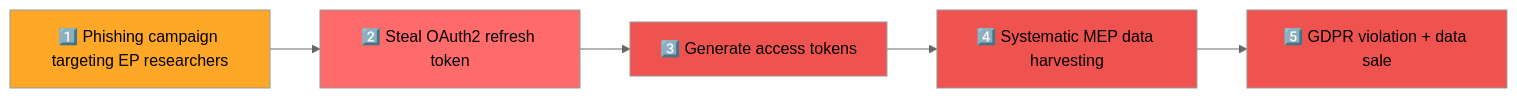
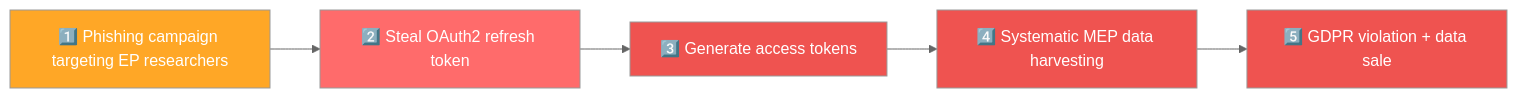
One commit to Hack23/European-Parliament-MCP-Server changed the fourth of 7 diagrams in FUTURE_THREAT_MODEL.md. Above: the diagram before and after it, drawn with Mermaid (neutral theme). The commit also changed other lines of this file and 28 other files, not shown here.

First line of the commit message:
fix: correct 5 broken mermaid diagrams and add explicit text colors for dark/light mode

````diff
--- a/FUTURE_THREAT_MODEL.md
+++ b/FUTURE_THREAT_MODEL.md
@@ -302,13 +309,18 @@
 ```mermaid
 graph LR
     A[1️⃣ Phishing campaign targeting EP researchers] --> B[2️⃣ Steal OAuth2 refresh token]
     B --> C[3️⃣ Generate access tokens]
     C --> D[4️⃣ Systematic MEP data harvesting]
     D --> E[5️⃣ GDPR violation + data sale]
     
-    style A fill:#ffa726
-    style B fill:#ff6b6b
-    style C fill:#ef5350
-    style D fill:#ef5350
-    style E fill:#ef5350
+    style A fill:#ffa726,color:#ffffff
+
+    style B fill:#ff6b6b,color:#ffffff
+
+    style C fill:#ef5350,color:#ffffff
+
+    style D fill:#ef5350,color:#ffffff
+
+    style E fill:#ef5350,color:#ffffff
+
 ```
````
